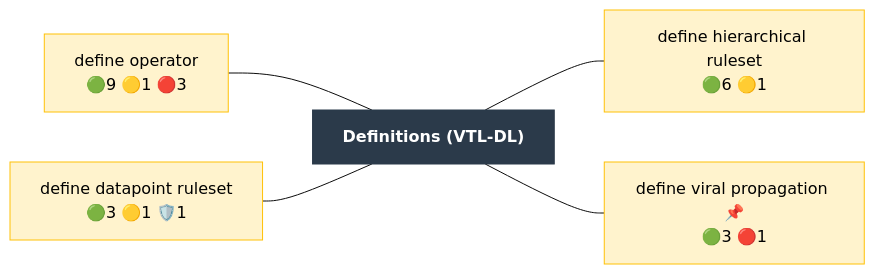
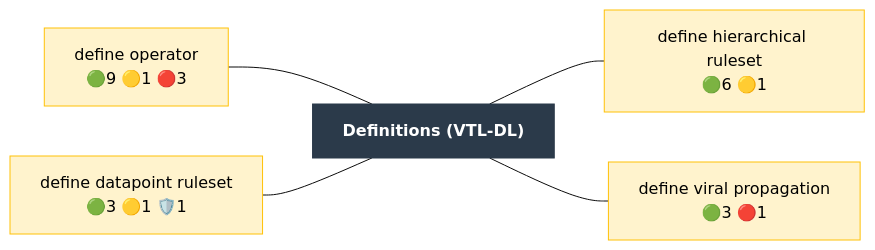
Before and after one commit to Meaningful-Data/vtlengine: the diagram in docs/operator_map/definitions/index.rst, drawn with Mermaid (base theme). The commit also changed other lines of this file and 145 other files, not shown here.

```diff
--- a/docs/operator_map/definitions/index.rst
+++ b/docs/operator_map/definitions/index.rst
@@ -17,24 +17,24 @@
 .. mermaid::
    :config: {"flowchart": {"useMaxWidth": false}}
 
    flowchart LR
        classDef ok fill:#d4edda,stroke:#28a745,color:#000
        classDef partial fill:#fff3cd,stroke:#ffc107,color:#000
        classDef refused fill:#d4edda,stroke:#28a745,stroke-width:3px,stroke-dasharray: 2 2,color:#000
        classDef missing fill:#f8d7da,stroke:#dc3545,color:#000
        classDef diverge fill:#cce5ff,stroke:#007bff,color:#000
        classDef block fill:#2b3a4a,stroke:#2b3a4a,color:#fff,font-weight:bold
        classDef ext fill:#fff,stroke:#666,color:#000,stroke-dasharray: 5 5
        B["Definitions (VTL-DL)"]:::block
        definitions__define_operator["define operator<br/>🟢9 🟡1 🔴3"]:::partial
        definitions__define_datapoint_ruleset["define datapoint ruleset<br/>🟢3 🟡1 🛡️1"]:::partial
        definitions__define_hierarchical_ruleset["define hierarchical ruleset<br/>🟢6 🟡1"]:::partial
-       definitions__define_viral_propagation["define viral propagation 📌<br/>🟢3 🔴1"]:::partial
+       definitions__define_viral_propagation["define viral propagation<br/>🟢3 🔴1"]:::partial
        definitions__define_operator --- B
        definitions__define_datapoint_ruleset --- B
        B --- definitions__define_hierarchical_ruleset
        B --- definitions__define_viral_propagation
        click definitions__define_operator href "define_operator.html"
        click definitions__define_datapoint_ruleset href "define_datapoint_ruleset.html"
        click definitions__define_hierarchical_ruleset href "define_hierarchical_ruleset.html"
        click definitions__define_viral_propagation href "define_viral_propagation.html"
```
